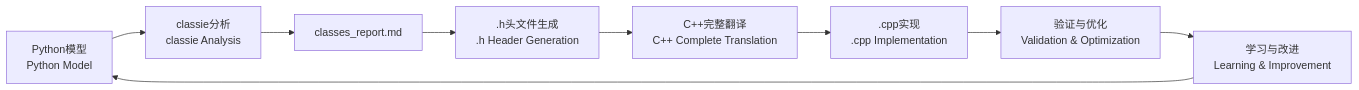
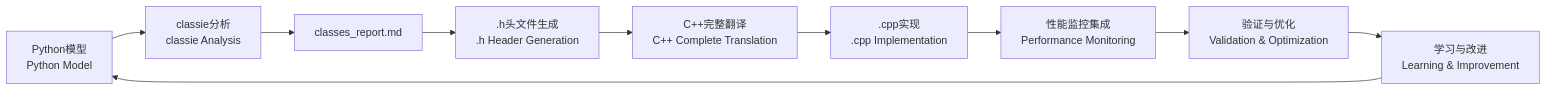
One commit to marsguo2049/Py2Cpp4OR changed the diagram in README.md. Above: the diagram before and after it, drawn with Mermaid. The commit also changed other lines of this file, not shown here.

````diff
--- a/README.md
+++ b/README.md
@@ -118,11 +125,12 @@
 ```mermaid
 graph LR
     A[Python模型<br/>Python Model] --> B[classie分析<br/>classie Analysis]
     B --> C[classes_report.md]
     C --> D[.h头文件生成<br/>.h Header Generation]
     D --> E[C++完整翻译<br/>C++ Complete Translation]
     E --> F[.cpp实现<br/>.cpp Implementation]
-    F --> G[验证与优化<br/>Validation & Optimization]
-    G --> H[学习与改进<br/>Learning & Improvement]
-    H --> A
+    F --> G[性能监控集成<br/>Performance Monitoring]
+    G --> H[验证与优化<br/>Validation & Optimization]
+    H --> I[学习与改进<br/>Learning & Improvement]
+    I --> A
 ```
````
